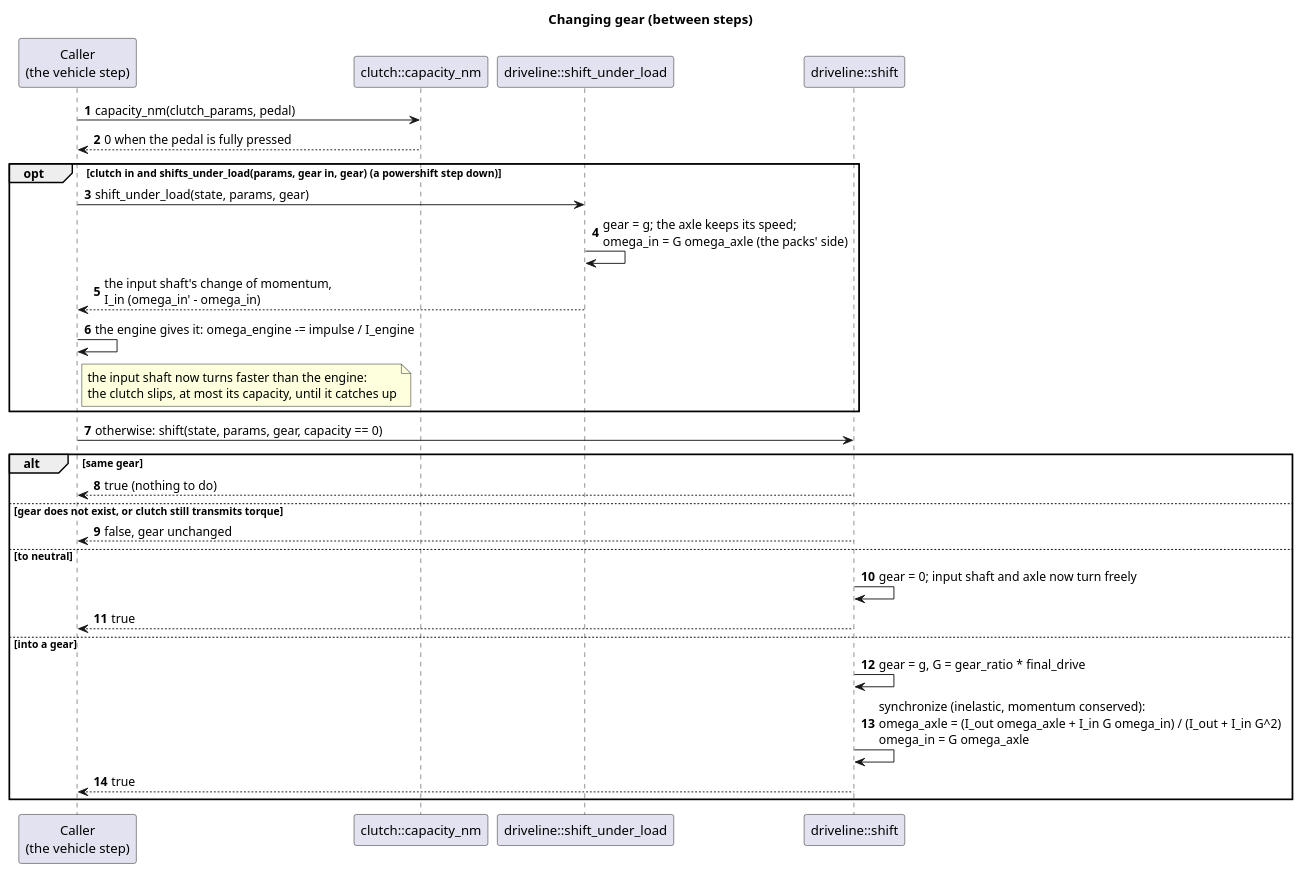
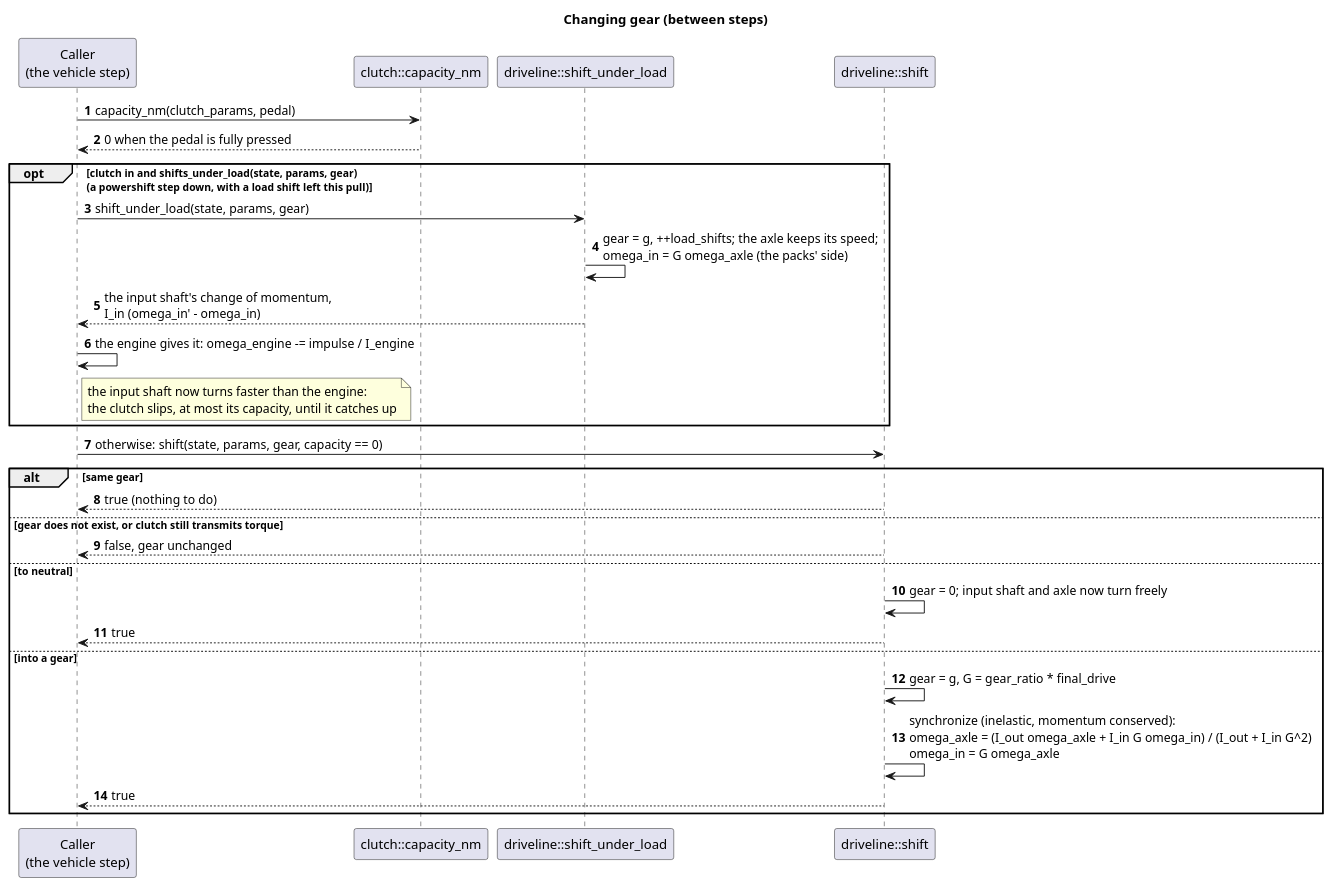
Before and after one commit to wversteeg/TractorPulling: the diagram in docs/diagrams/gear_shift_sequence.puml, drawn with PlantUML. The commit also changed 42 other files, not shown here.

First line of the commit message:
Motion sensors on, one load shift a pull, rivals shift down

```diff
--- a/docs/diagrams/gear_shift_sequence.puml
+++ b/docs/diagrams/gear_shift_sequence.puml
@@ -1,31 +1,31 @@
 @startuml gear_shift_sequence
 title Changing gear (between steps)
 autonumber
 participant "Caller\n(the vehicle step)" as Caller
 participant "clutch::capacity_nm" as Capacity
 participant "driveline::shift_under_load" as Load
 participant "driveline::shift" as Shift
 
 Caller -> Capacity : capacity_nm(clutch_params, pedal)
 Capacity --> Caller : 0 when the pedal is fully pressed
-opt clutch in and shifts_under_load(params, gear in, gear) (a powershift step down)
+opt clutch in and shifts_under_load(state, params, gear)\n(a powershift step down, with a load shift left this pull)
   Caller -> Load : shift_under_load(state, params, gear)
-  Load -> Load : gear = g; the axle keeps its speed;\nomega_in = G omega_axle (the packs' side)
+  Load -> Load : gear = g, ++load_shifts; the axle keeps its speed;\nomega_in = G omega_axle (the packs' side)
   Load --> Caller : the input shaft's change of momentum,\nI_in (omega_in' - omega_in)
   Caller -> Caller : the engine gives it: omega_engine -= impulse / I_engine
   note right of Caller : the input shaft now turns faster than the engine:\nthe clutch slips, at most its capacity, until it catches up
 end
 Caller -> Shift : otherwise: shift(state, params, gear, capacity == 0)
 alt same gear
   Shift --> Caller : true (nothing to do)
 else gear does not exist, or clutch still transmits torque
   Shift --> Caller : false, gear unchanged
 else to neutral
   Shift -> Shift : gear = 0; input shaft and axle now turn freely
   Shift --> Caller : true
 else into a gear
   Shift -> Shift : gear = g, G = gear_ratio * final_drive
   Shift -> Shift : synchronize (inelastic, momentum conserved):\nomega_axle = (I_out omega_axle + I_in G omega_in) / (I_out + I_in G^2)\nomega_in = G omega_axle
   Shift --> Caller : true
 end
 @enduml
```
